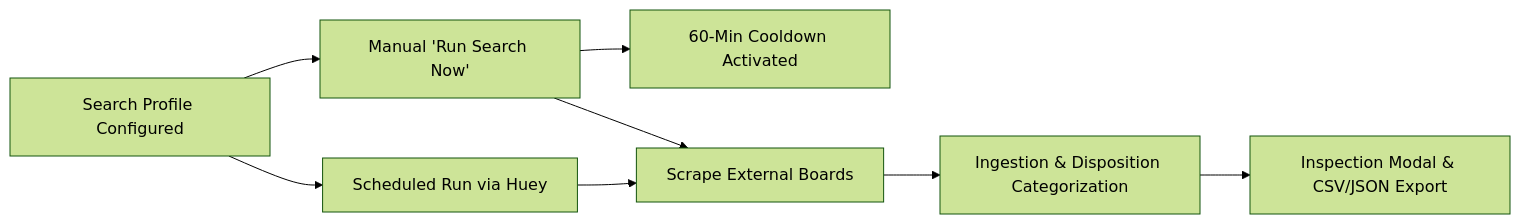
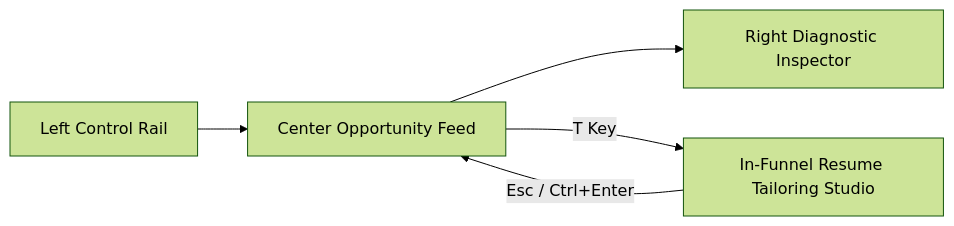
One commit to joedominic/hw changed the diagram in docs/site-functionality.md. Above: the diagram before and after it, drawn with Mermaid (forest theme). The commit also changed other lines of this file and 70 other files, not shown here.

````diff
--- a/docs/site-functionality.md
+++ b/docs/site-functionality.md
@@ -34,9 +59,7 @@
 ```mermaid
 flowchart LR
-    A[Search Profile Configured] --> B[Scheduled Run via Huey]
-    A --> C["Manual 'Run Search Now'"]
-    C --> D[60-Min Cooldown Activated]
-    B & C --> E[Scrape External Boards]
-    E --> F[Ingestion & Disposition Categorization]
-    F --> G[Inspection Modal & CSV/JSON Export]
+    A[Left Control Rail] --> B[Center Opportunity Feed]
+    B --> C[Right Diagnostic Inspector]
+    B -->|T Key| D[In-Funnel Resume Tailoring Studio]
+    D -->|Esc / Ctrl+Enter| B
 ```
````
